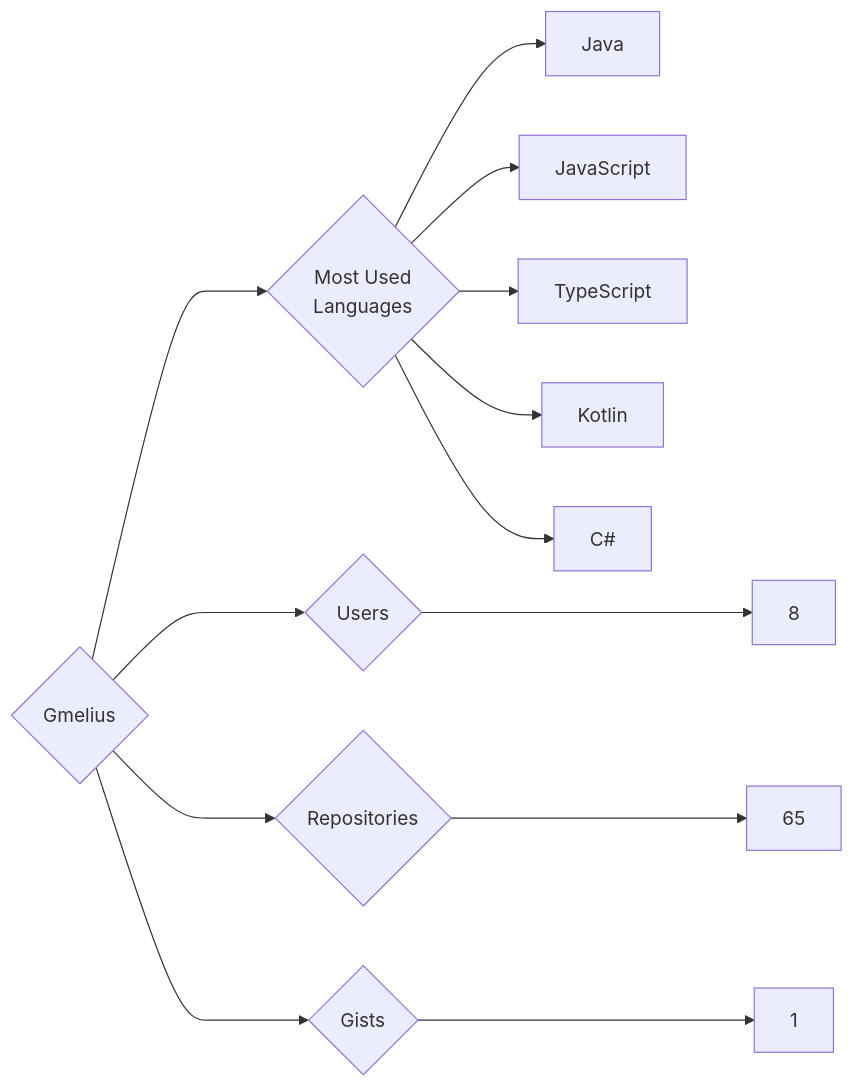
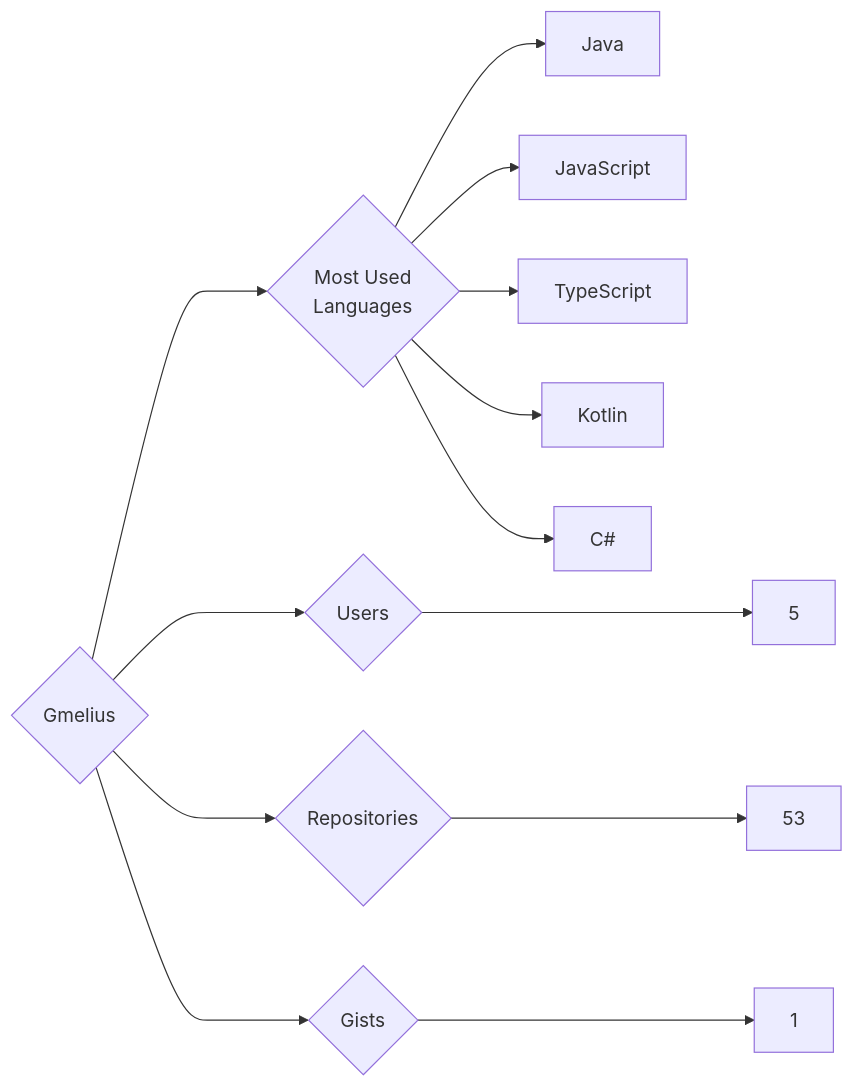
The diagram in targets/Gmelius/README.md (trickest/insiders), drawn with Mermaid before and after one commit. The commit also changed 860 other files, not shown here.

````diff
--- a/targets/Gmelius/README.md
+++ b/targets/Gmelius/README.md
@@ -3,13 +3,13 @@
 ```mermaid
 graph LR
 COMPANY_NAME{Gmelius}
-COMPANY_NAME ---> U{Users} ---> UN[8]
-COMPANY_NAME ---> R{Repositories} ---> RN[65]
+COMPANY_NAME ---> U{Users} ---> UN[5]
+COMPANY_NAME ---> R{Repositories} ---> RN[53]
 COMPANY_NAME ---> G{Gists} ---> GN[1]
 COMPANY_NAME ---> ML{Most Used<br>Languages}
 ML --> Java[Java]
 ML --> JavaScript[JavaScript]
 ML --> TypeScript[TypeScript]
 ML --> Kotlin[Kotlin]
 ML --> C#[C#]
 ```
````
